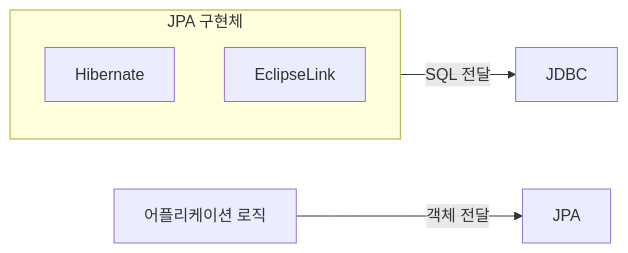
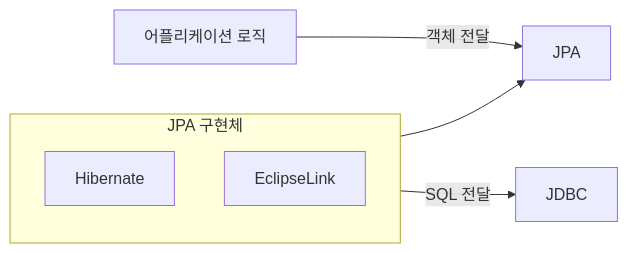
Before and after one commit to choiexe1/blog: the seventh of 7 diagrams in content/Resources/프로그래밍/Java/김영한의 스프링/DB 1편/1. JDBC 이해.md, drawn with Mermaid. The commit also changed other lines of this file, not shown here.

````diff
--- a/content/Resources/프로그래밍/Java/김영한의 스프링/DB 1편/1. JDBC 이해.md
+++ b/content/Resources/프로그래밍/Java/김영한의 스프링/DB 1편/1. JDBC 이해.md
@@ -161,11 +161,12 @@
 ```mermaid
 graph LR
 JPA
 subgraph Impl[JPA 구현체]
 	Hibernate
 	EclipseLink
 end
 
 APP[어플리케이션 로직] -->|객체 전달| JPA
+Impl --> JPA
 Impl --> |SQL 전달| JDBC
 ```
````
